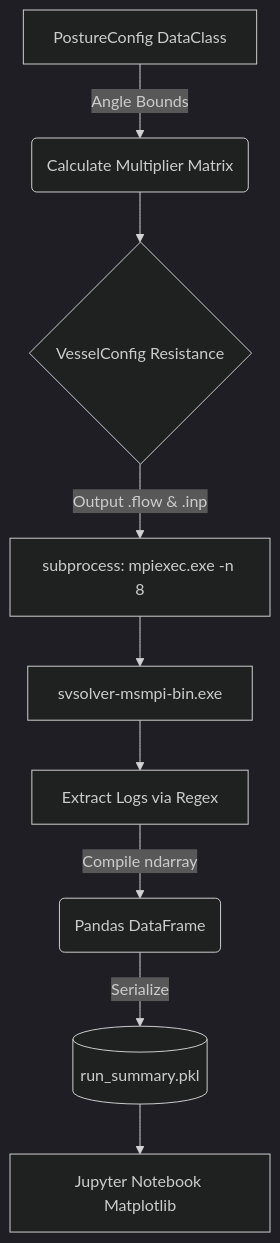
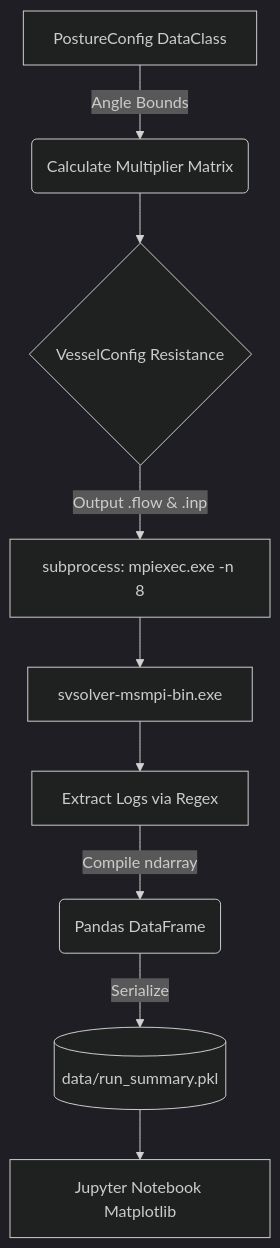
One commit to Naresh-x86/Posture-Optimization-Using-CFD changed the diagram in README.md. Above: the diagram before and after it, drawn with Mermaid (dark theme). The commit also changed other lines of this file and 1 other file, not shown here.

````diff
--- a/README.md
+++ b/README.md
@@ -9,11 +9,11 @@
 ```mermaid
 graph TD
     A[PostureConfig DataClass] -->|Angle Bounds| B(Calculate Multiplier Matrix)
     B --> C{VesselConfig Resistance}
     C -->|Output .flow & .inp| D[subprocess: mpiexec.exe -n 8]
     D --> E[svsolver-msmpi-bin.exe]
     E --> F[Extract Logs via Regex]
     F -->|Compile ndarray| G(Pandas DataFrame)
-    G -->|Serialize| H[(run_summary.pkl)]
+    G -->|Serialize| H[(data/run_summary.pkl)]
     H --> I[Jupyter Notebook Matplotlib]
 ```
````
